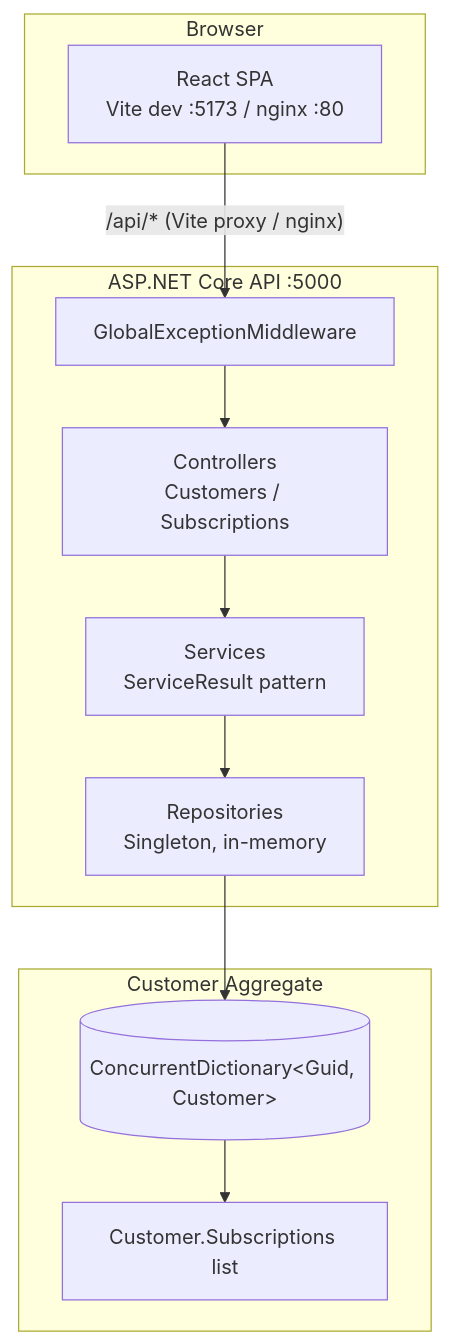
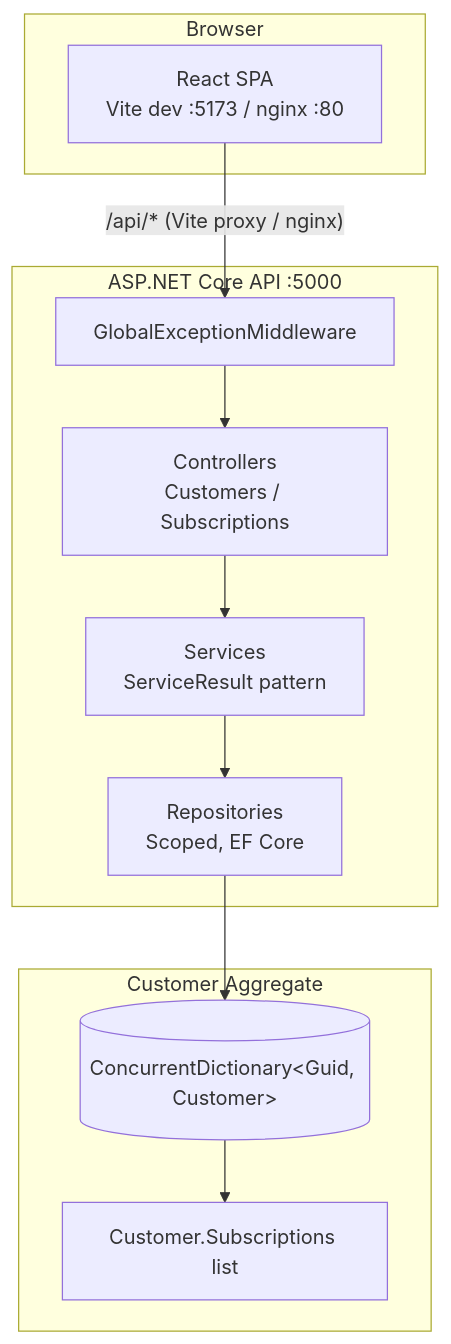
Before and after one commit to AlexeyTopchilko/SubscriptionManagement: the first of 3 diagrams in docs/CODEBASE_MAP.md, drawn with Mermaid. The commit also changed other lines of this file and 18 other files, not shown here.

````diff
--- a/docs/CODEBASE_MAP.md
+++ b/docs/CODEBASE_MAP.md
@@ -19,23 +19,23 @@
 ```mermaid
 graph TB
     subgraph Browser
         SPA[React SPA<br/>Vite dev :5173 / nginx :80]
     end
     subgraph BackendHost[ASP.NET Core API :5000]
         Mw[GlobalExceptionMiddleware]
         Ctl[Controllers<br/>Customers / Subscriptions]
         Svc[Services<br/>ServiceResult pattern]
-        Repo[Repositories<br/>Singleton, in-memory]
+        Repo[Repositories<br/>Scoped, EF Core]
     end
     subgraph Aggregate[Customer Aggregate]
         Cust[(ConcurrentDictionary&lt;Guid, Customer&gt;)]
         Subs[Customer.Subscriptions list]
     end
 
     SPA -- "/api/* (Vite proxy / nginx)" --> Mw
     Mw --> Ctl
     Ctl --> Svc
     Svc --> Repo
     Repo --> Cust
     Cust --> Subs
 ```
````
